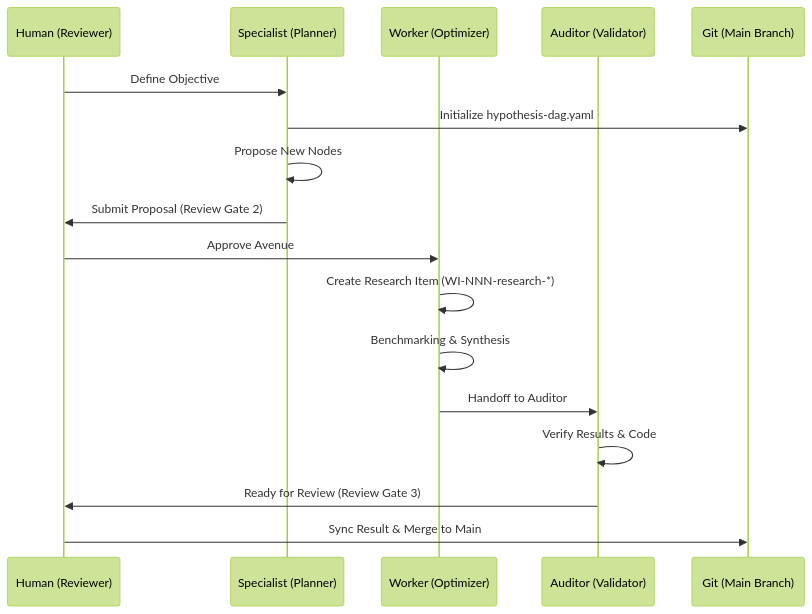
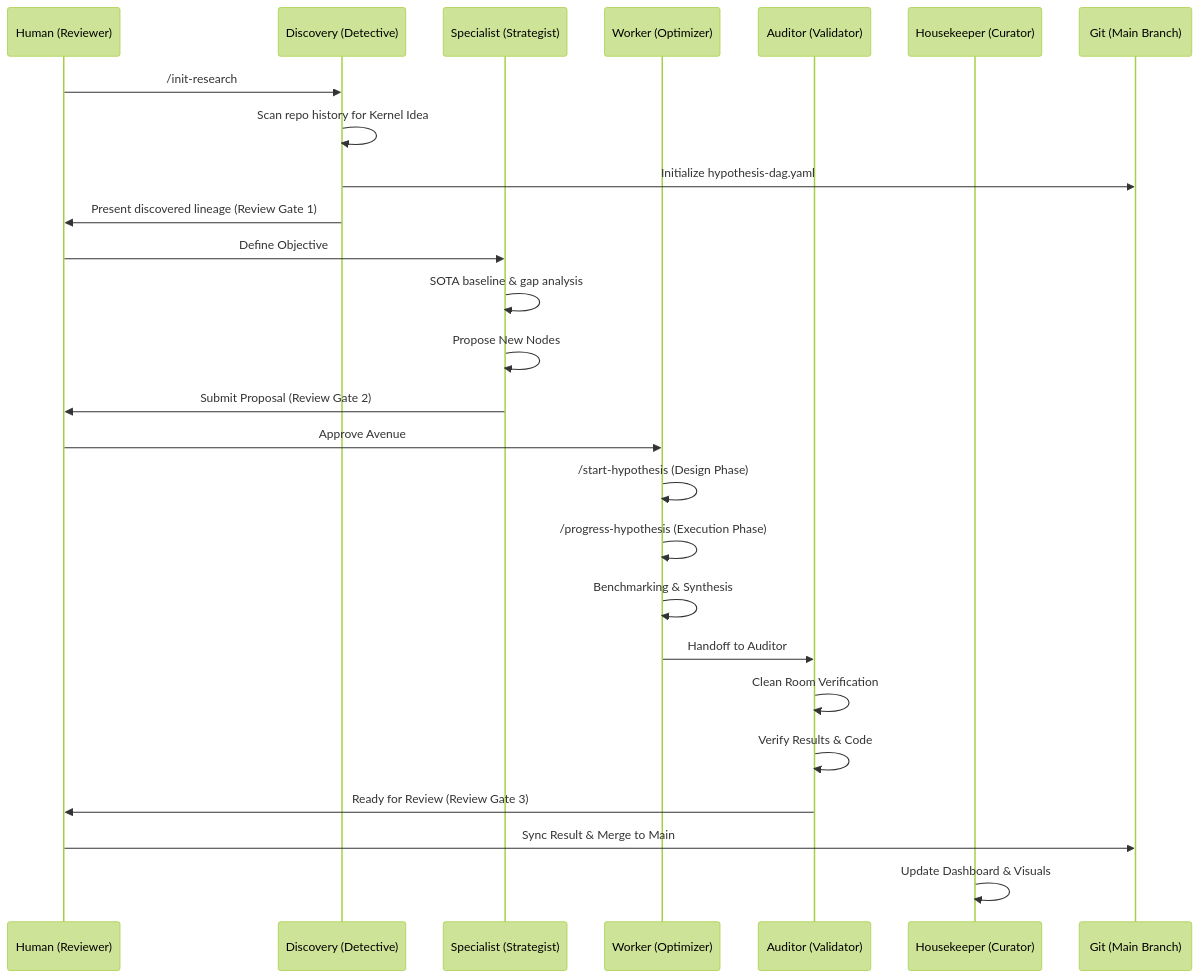
The second of 2 diagrams in docs/README.md (dermot-obrien/ai-assisted-research), drawn with Mermaid (forest theme) before and after one commit. The commit also changed 15 other files, not shown here.

````diff
--- a/docs/README.md
+++ b/docs/README.md
@@ -36,20 +36,29 @@
 ```mermaid
 sequenceDiagram
     participant H as Human (Reviewer)
-    participant S as Specialist (Planner)
+    participant D as Discovery (Detective)
+    participant S as Specialist (Strategist)
     participant W as Worker (Optimizer)
     participant A as Auditor (Validator)
+    participant K as Housekeeper (Curator)
     participant G as Git (Main Branch)
 
+    H->>D: /init-research
+    D->>D: Scan repo history for Kernel Idea
+    D->>G: Initialize hypothesis-dag.yaml
+    D->>H: Present discovered lineage (Review Gate 1)
     H->>S: Define Objective
-    S->>G: Initialize hypothesis-dag.yaml
+    S->>S: SOTA baseline & gap analysis
     S->>S: Propose New Nodes
     S->>H: Submit Proposal (Review Gate 2)
     H->>W: Approve Avenue
-    W->>W: Create Research Item (WI-NNN-research-*)
+    W->>W: /start-hypothesis (Design Phase)
+    W->>W: /progress-hypothesis (Execution Phase)
     W->>W: Benchmarking & Synthesis
     W->>A: Handoff to Auditor
+    A->>A: Clean Room Verification
     A->>A: Verify Results & Code
     A->>H: Ready for Review (Review Gate 3)
     H->>G: Sync Result & Merge to Main
+    K->>K: Update Dashboard & Visuals
 ```
````
